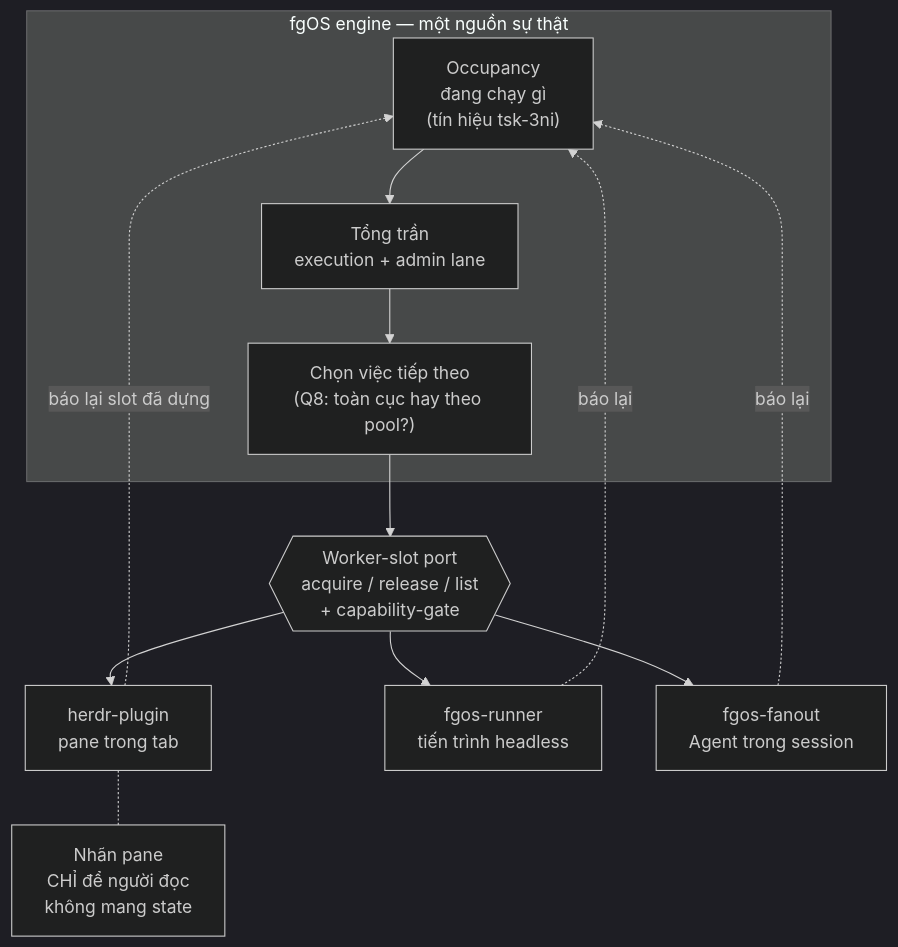
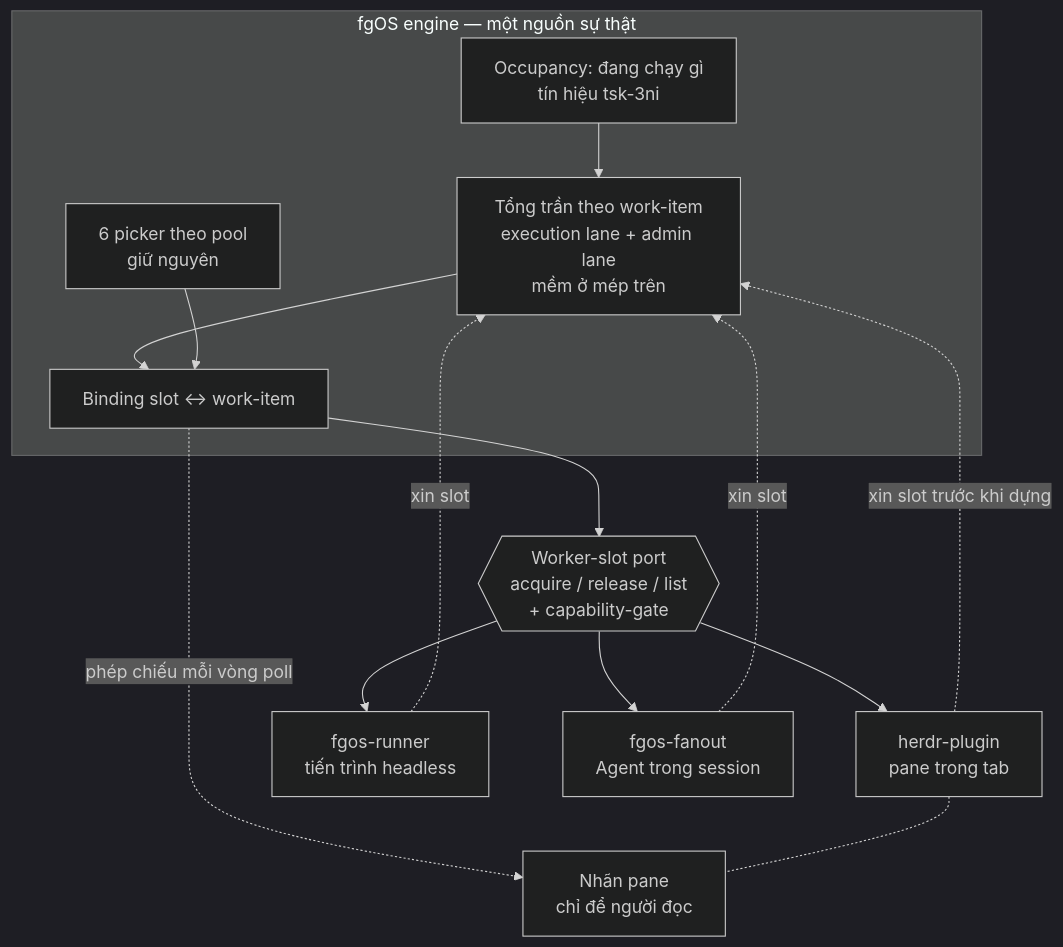
The diagram in docs/history/orchestrator-worker-slots/DISCUSSION.md (vantt/forgent), drawn with Mermaid (dark theme) before and after one commit. The commit also changed other lines of this file, not shown here.

First line of the commit message:
docs(tsk-2sj): lock two-lane structure, settle unification shape as ceiling-gate

````diff
--- a/docs/history/orchestrator-worker-slots/DISCUSSION.md
+++ b/docs/history/orchestrator-worker-slots/DISCUSSION.md
@@ -221,23 +260,25 @@
 ```mermaid
 flowchart TB
     subgraph ENGINE["fgOS engine — một nguồn sự thật"]
-        OCC["Occupancy<br/>đang chạy gì<br/>(tín hiệu tsk-3ni)"]
-        CEIL["Tổng trần<br/>execution + admin lane"]
-        PICK["Chọn việc tiếp theo<br/>(Q8: toàn cục hay theo pool?)"]
+        OCC["Occupancy: đang chạy gì<br/>tín hiệu tsk-3ni"]
+        CEIL["Tổng trần theo work-item<br/>execution lane + admin lane<br/>mềm ở mép trên"]
+        P1["6 picker theo pool<br/>giữ nguyên"]
+        BIND["Binding slot ↔ work-item"]
         OCC --> CEIL
-        CEIL --> PICK
+        CEIL --> BIND
+        P1 --> BIND
     end
 
-    PICK --> PORT{{"Worker-slot port<br/>acquire / release / list<br/>+ capability-gate"}}
+    BIND --> PORT{{"Worker-slot port<br/>acquire / release / list<br/>+ capability-gate"}}
 
     PORT --> H["herdr-plugin<br/>pane trong tab"]
     PORT --> R["fgos-runner<br/>tiến trình headless"]
     PORT --> F["fgos-fanout<br/>Agent trong session"]
 
-    H -.->|"báo lại slot đã dựng"| OCC
-    R -.->|"báo lại"| OCC
-    F -.->|"báo lại"| OCC
+    H -.->|"xin slot trước khi dựng"| CEIL
+    R -.->|"xin slot"| CEIL
+    F -.->|"xin slot"| CEIL
 
-    LBL["Nhãn pane<br/>CHỈ để người đọc<br/>không mang state"]
+    BIND -.->|"phép chiếu mỗi vòng poll"| LBL["Nhãn pane<br/>chỉ để người đọc"]
     H -.- LBL
 ```
````
